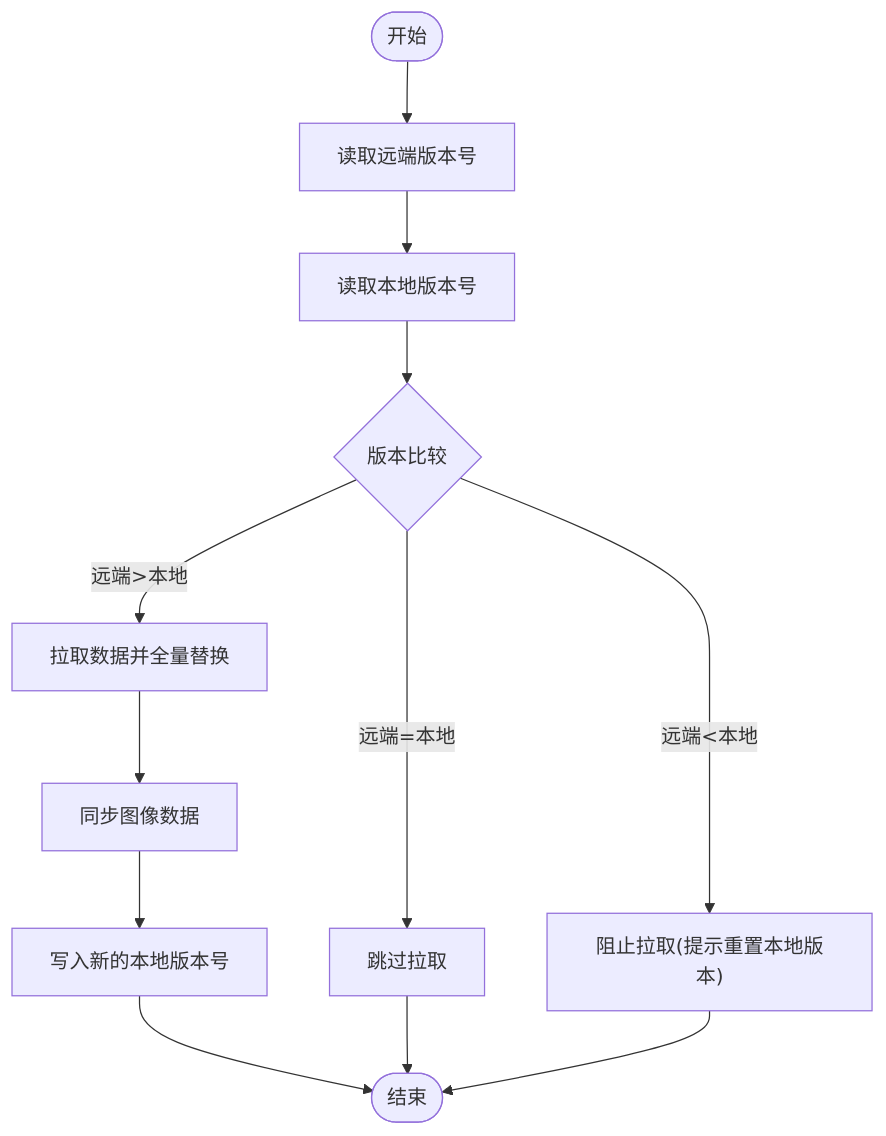
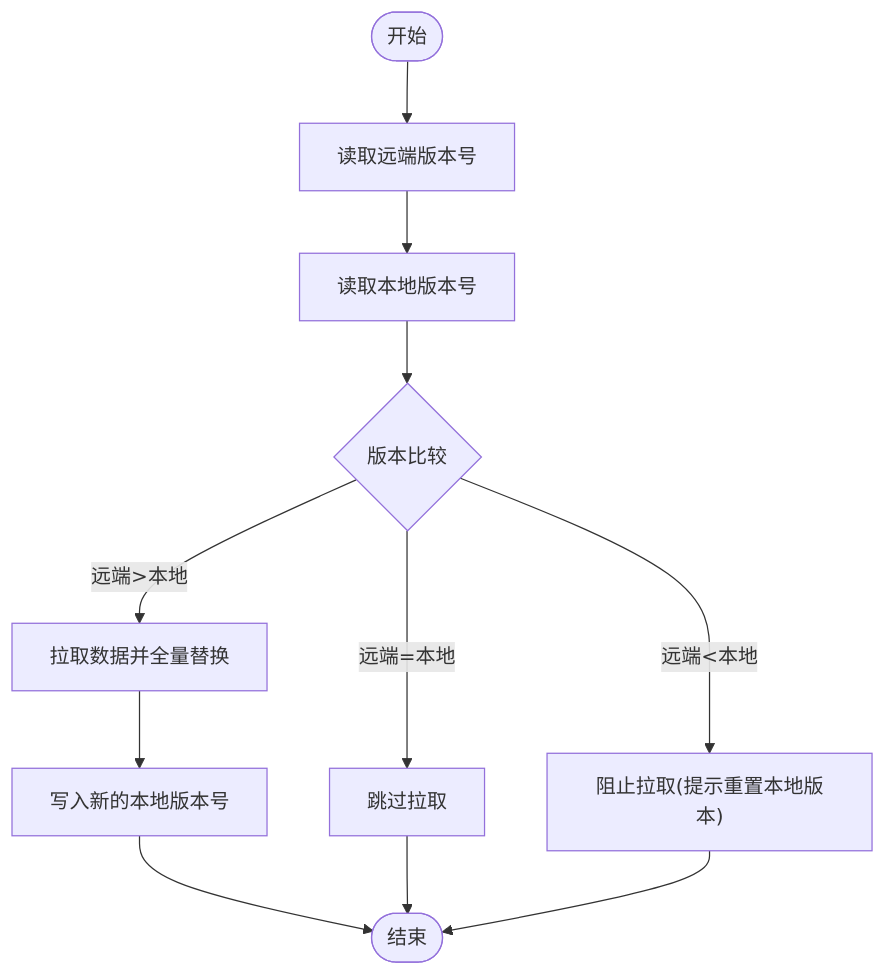
Before and after one commit to scgithub3220216/password-manager: the third of 4 diagrams in .qoder/repowiki/zh/content/业务逻辑层/数据同步机制.md, drawn with Mermaid. The commit also changed other lines of this file and 17 other files, not shown here.

````diff
--- a/.qoder/repowiki/zh/content/业务逻辑层/数据同步机制.md
+++ b/.qoder/repowiki/zh/content/业务逻辑层/数据同步机制.md
@@ -206,14 +166,13 @@
 ```mermaid
 flowchart TD
 Start(["开始"]) --> GetRemote["读取远端版本号"]
 GetRemote --> GetLocal["读取本地版本号"]
 GetLocal --> Compare{"版本比较"}
 Compare --> |远端>本地| Pull["拉取数据并全量替换"]
 Compare --> |远端=本地| SkipPull["跳过拉取"]
 Compare --> |远端<本地| BlockPull["阻止拉取(提示重置本地版本)"]
-Pull --> SyncImages["同步图像数据"]
-SyncImages --> SaveLocalVer["写入新的本地版本号"]
+Pull --> SaveLocalVer["写入新的本地版本号"]
 SaveLocalVer --> End(["结束"])
 SkipPull --> End
 BlockPull --> End
 ```
````
